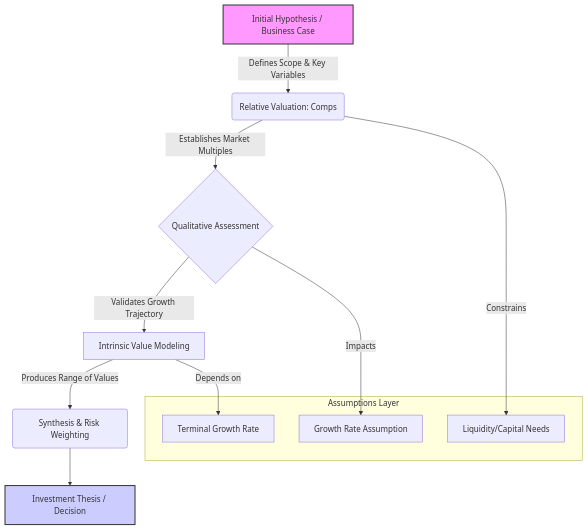
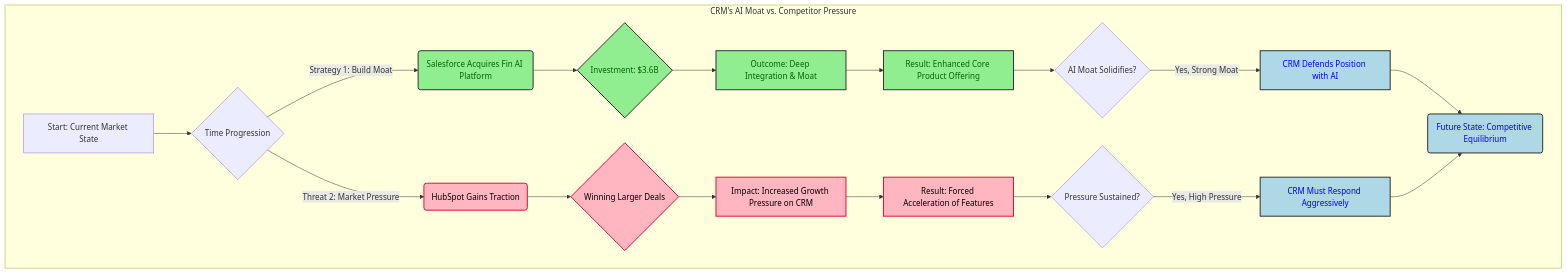
Before and after one commit to duranalberto/albertoduran: the diagram in src/thejournal/test.mdx, drawn with Mermaid. The commit also changed other lines of this file and 50 other files, not shown here.

````diff
--- a/src/thejournal/test.mdx
+++ b/src/thejournal/test.mdx
@@ -45,21 +129,36 @@
 ```mermaid
-graph TD
-    A[Initial Hypothesis / Business Case] -->|Defines Scope & Key Variables| B(Relative Valuation: Comps);
-    B -->|Establishes Market Multiples| C{Qualitative Assessment};
-    C -->|Validates Growth Trajectory| D[Intrinsic Value Modeling];
-    D -->|Produces Range of Values| E(Synthesis & Risk Weighting);
-    E --> F[Investment Thesis / Decision];
+flowchart TD
+    subgraph "CRM's AI Moat vs. Competitor Pressure"
+        A[Start: Current Market State] --> B{Time Progression};
 
-    subgraph Assumptions Layer
-        G1[Growth Rate Assumption]
-        G2[Terminal Growth Rate]
-        G3[Liquidity/Capital Needs]
+        %% Salesforce Strategy Path (Moat Building)
+        B -->|Strategy 1: Build Moat| C(Salesforce Acquires Fin AI Platform);
+        C --> D{Investment: $3.6B};
+        D --> E[Outcome: Deep Integration & Moat];
+        E --> F[Result: Enhanced Core Product Offering];
+
+        %% Competitive Threat Path (Pressure)
+        B -->|Threat 2: Market Pressure| G(HubSpot Gains Traction);
+        G --> H{Winning Larger Deals};
+        H --> I[Impact: Increased Growth Pressure on CRM];
+        I --> J[Result: Forced Acceleration of Features];
+
+        %% Interaction Over Time (The Conflict)
+        F --> K{AI Moat Solidifies?};
+        J --> L{Pressure Sustained?};
+
+        K -- Yes, Strong Moat --> M[CRM Defends Position with AI];
+        L -- Yes, High Pressure --> N[CRM Must Respond Aggressively];
+
+        M & N --> O(Future State: Competitive Equilibrium);
+
     end
-    
-    C -- Impacts --> G1;
-    D -- Depends on --> G2;
-    B -- Constrains --> G3;
 
-    style A fill:#f9f,stroke:#333,stroke-width:2px
-    style F fill:#ccf,stroke:#333,stroke-width:2px
+    classDef strategy fill:#90EE90,stroke:#333,stroke-width:2px,color:darkgreen;
+    classDef threat fill:#FFB6C1,stroke:#DC143C,stroke-width:2px,color:black;
+    classDef outcome fill:#ADD8E6,stroke:#333,stroke-width:2px,color:blue;
+
+    class C,D,E,F strategy;
+    class G,H,I,J threat;
+    class M,N,O outcome;
 ```
````
